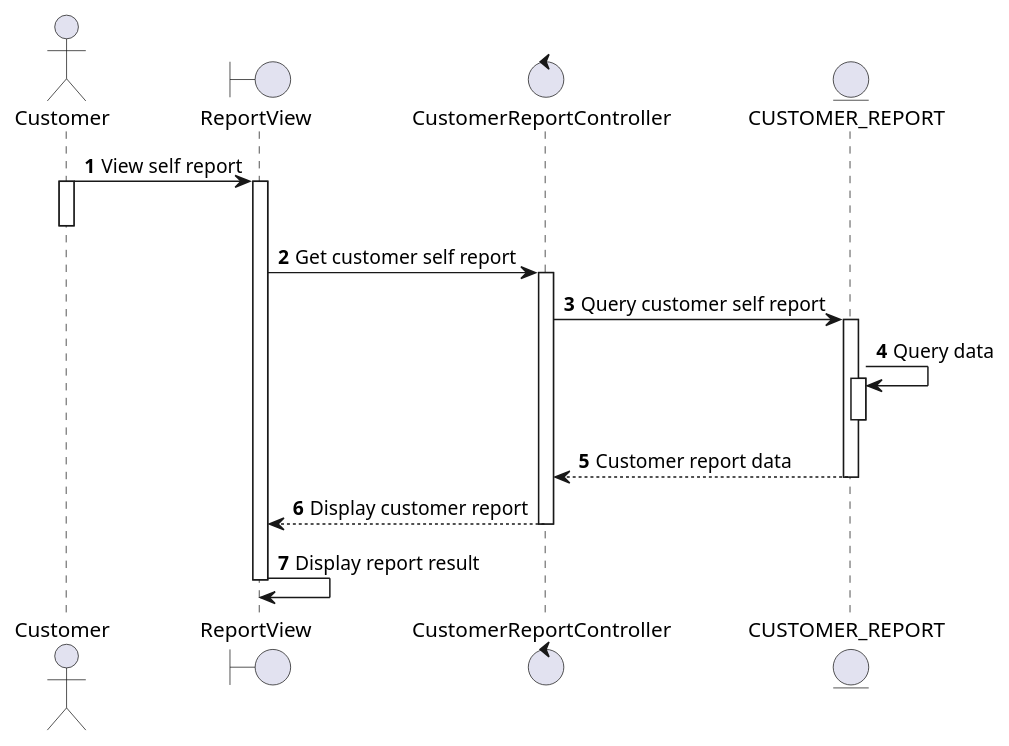
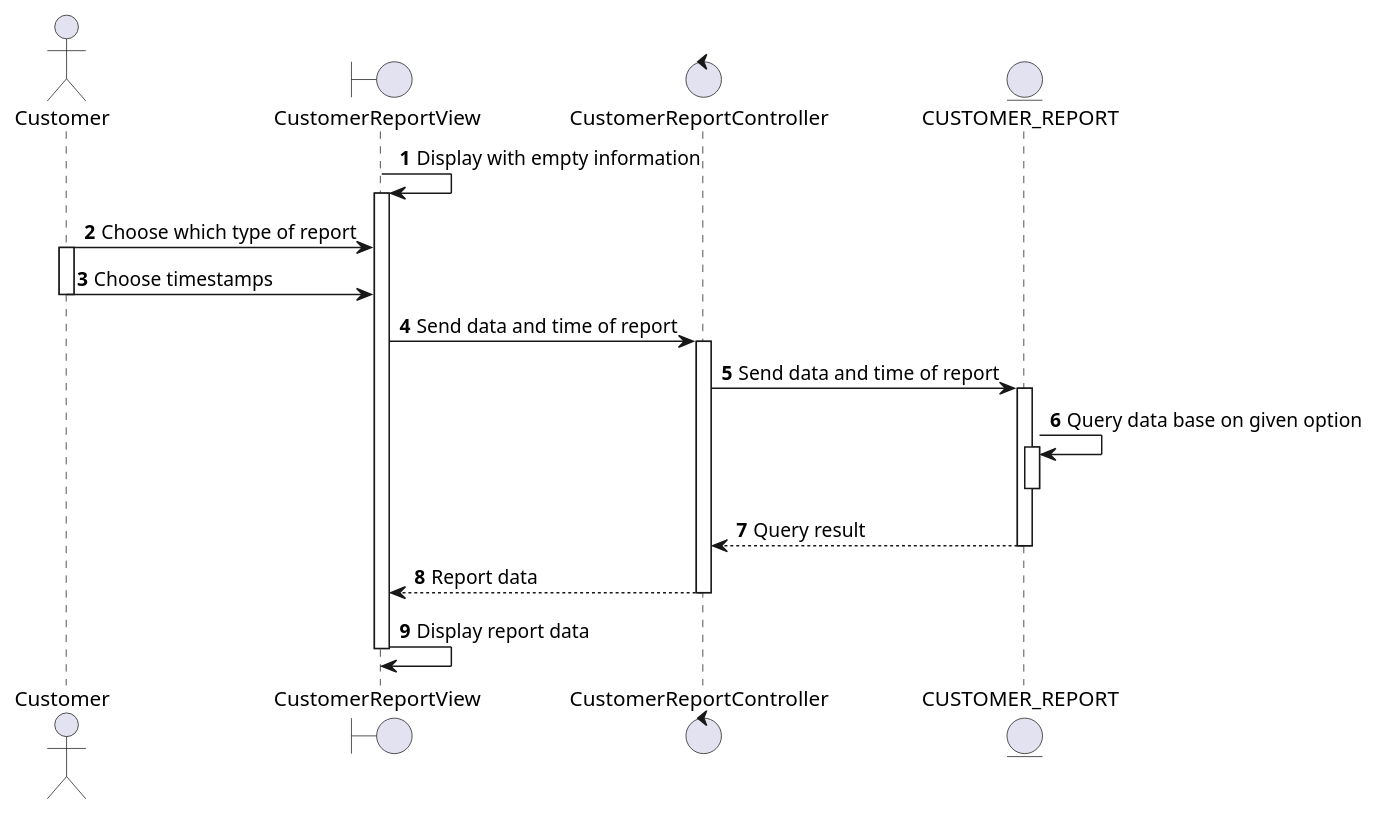
The diagram in docs/docs/sequence/view-customer-self-report/view-customer-self-report.md (electricilies/electricilies.github.io), drawn with PlantUML before and after one commit. The commit also changed 38 other files, not shown here.

````diff
--- a/docs/docs/sequence/view-customer-self-report/view-customer-self-report.md
+++ b/docs/docs/sequence/view-customer-self-report/view-customer-self-report.md
@@ -3,29 +3,31 @@
 ```plantuml
 @startuml
 autonumber
 
 actor Customer as C
-boundary ReportView as RV
+boundary CustomerReportView as CRV
 control CustomerReportController as CRC
 entity CUSTOMER_REPORT as CR
 
-C -> RV: View self report
+CRV -> CRV: Display with empty information
+activate CRV
+C -> CRV: Choose which type of report
 activate C
+C -> CRV: Choose timestamps
 deactivate C
-activate RV
-RV -> CRC: Get customer self report
+CRV -> CRC: Send data and time of report
 activate CRC
-CRC -> CR: Query customer self report
+CRC -> CR: Send data and time of report
 activate CR
-CR -> CR: Query data
+CR -> CR: Query data base on given option
 activate CR
 deactivate CR
-CRC <-- CR: Customer report data
+CRC <-- CR: Query result
 deactivate CR
-RV <-- CRC: Display customer report
+CRV <-- CRC: Report data
 deactivate CRC
-RV -> RV: Display report result
-deactivate RV
+CRV -> CRV: Display report data
+deactivate CRV
 
 @enduml
 ```
````
